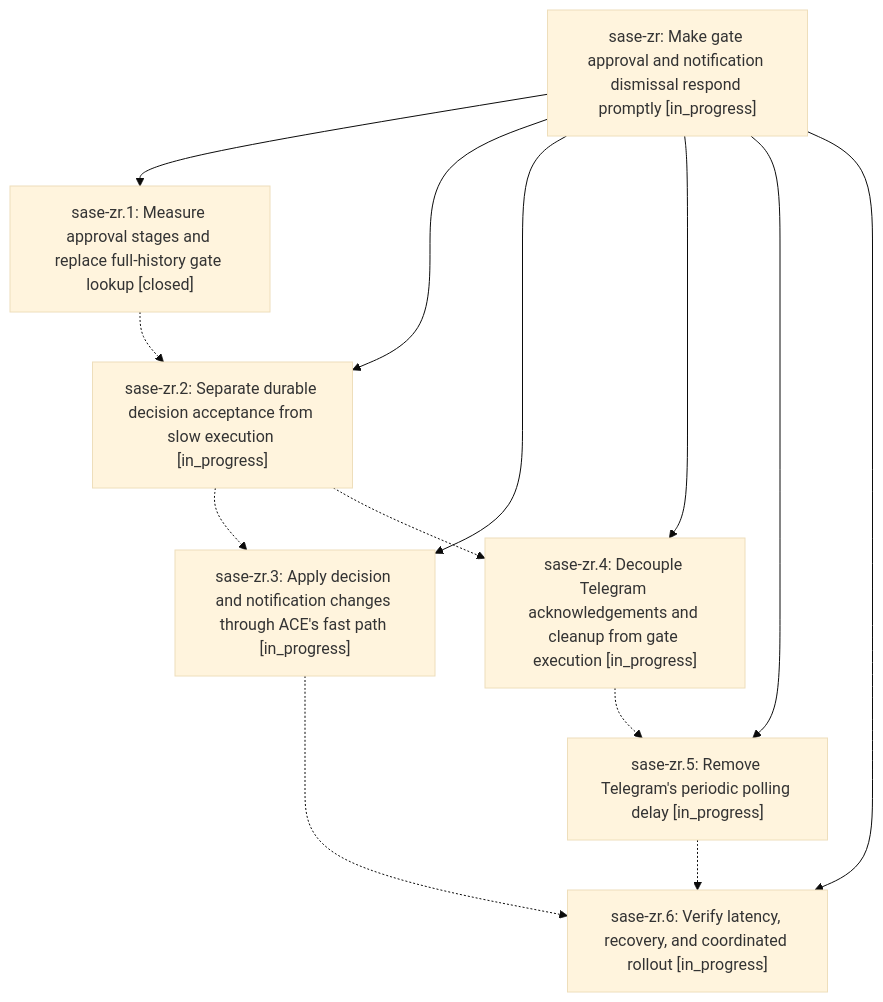
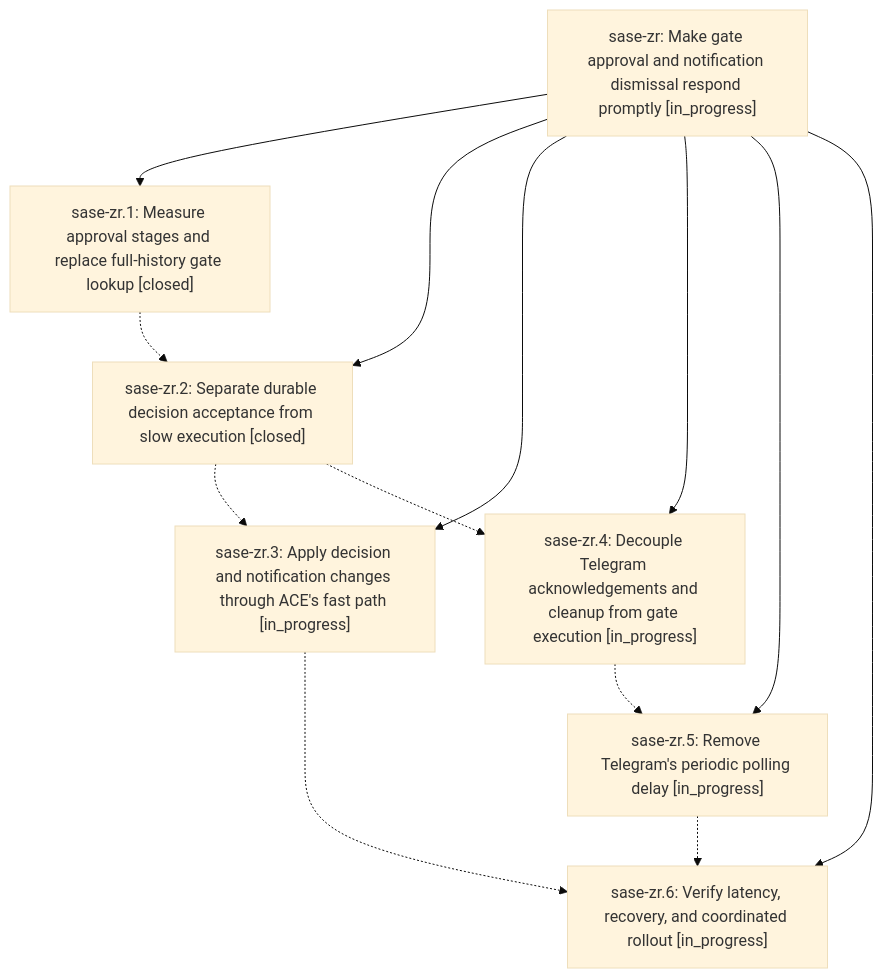
The diagram in pages/sase-zr/README.md (sase-org/sase--beads), drawn with Mermaid (base theme) before and after one commit. The commit also changed other lines of this file and 4 other files, not shown here.

````diff
--- a/pages/sase-zr/README.md
+++ b/pages/sase-zr/README.md
@@ -27,22 +27,22 @@
 ```mermaid
 flowchart TD
     n0["sase-zr: Make gate approval and notification dismissal respond promptly [in_progress]"]
     n1["sase-zr.1: Measure approval stages and replace full-history gate lookup [closed]"]
-    n2["sase-zr.2: Separate durable decision acceptance from slow execution [in_progress]"]
+    n2["sase-zr.2: Separate durable decision acceptance from slow execution [closed]"]
     n3["sase-zr.3: Apply decision and notification changes through ACE's fast path [in_progress]"]
     n4["sase-zr.4: Decouple Telegram acknowledgements and cleanup from gate execution [in_progress]"]
     n5["sase-zr.5: Remove Telegram's periodic polling delay [in_progress]"]
     n6["sase-zr.6: Verify latency, recovery, and coordinated rollout [in_progress]"]
     n0 --> n1
     n0 --> n2
     n0 --> n3
     n0 --> n4
     n0 --> n5
     n0 --> n6
     n1 -.-> n2
     n2 -.-> n3
     n2 -.-> n4
     n3 -.-> n6
     n4 -.-> n5
     n5 -.-> n6
 ```
````
